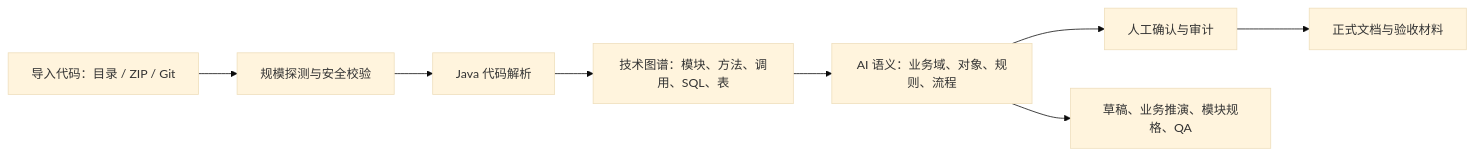
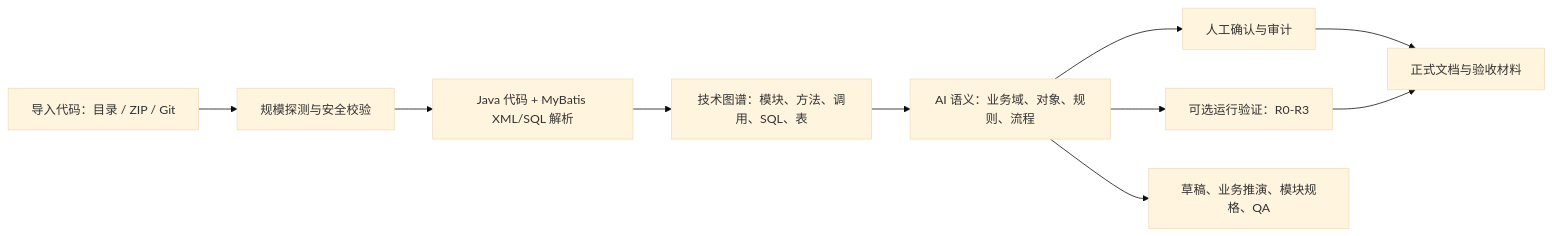
The diagram in README.md (imlao17/Code2Business), drawn with Mermaid (base theme) before and after one commit. The commit also changed other lines of this file and 51 other files, not shown here.

````diff
--- a/README.md
+++ b/README.md
@@ -111,10 +119,12 @@
 ```mermaid
 flowchart LR
     A["导入代码：目录 / ZIP / Git"] --> B["规模探测与安全校验"]
-    B --> C["Java 代码解析"]
+    B --> C["Java 代码 + MyBatis XML/SQL 解析"]
     C --> D["技术图谱：模块、方法、调用、SQL、表"]
     D --> E["AI 语义：业务域、对象、规则、流程"]
     E --> F["人工确认与审计"]
+    E --> I["可选运行验证：R0-R3"]
     F --> G["正式文档与验收材料"]
+    I --> G
     E --> H["草稿、业务推演、模块规格、QA"]
 ```
````
